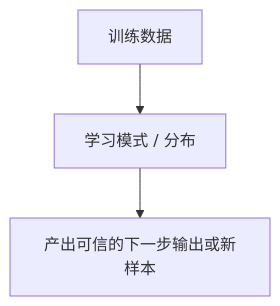
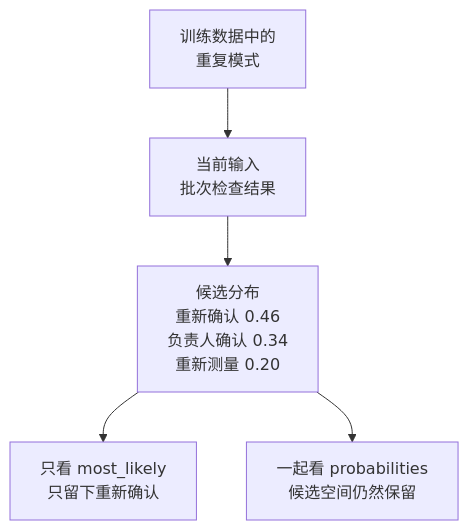
The diagram in docs/assets/part-05/chapter-15/generative-model-flow-zh.mmd (devchan64/AiBook), drawn with Mermaid before and after one commit. The commit also changed 26 other files, not shown here.

```diff
--- a/docs/assets/part-05/chapter-15/generative-model-flow-zh.mmd
+++ b/docs/assets/part-05/chapter-15/generative-model-flow-zh.mmd
@@ -1,7 +1,11 @@
 flowchart TD
-  A["训练数据"]
-  B["学习模式 / 分布"]
-  C["产出可信的下一步输出或新样本"]
+  A["训练数据中的<br/>重复模式"]
+  B["当前输入<br/>批次检查结果"]
+  C["候选分布<br/>重新确认 0.46<br/>负责人确认 0.34<br/>重新测量 0.20"]
+  D["只看 most_likely<br/>只留下重新确认"]
+  E["一起看 probabilities<br/>候选空间仍然保留"]
 
   A --> B
   B --> C
+  C --> D
+  C --> E
```
